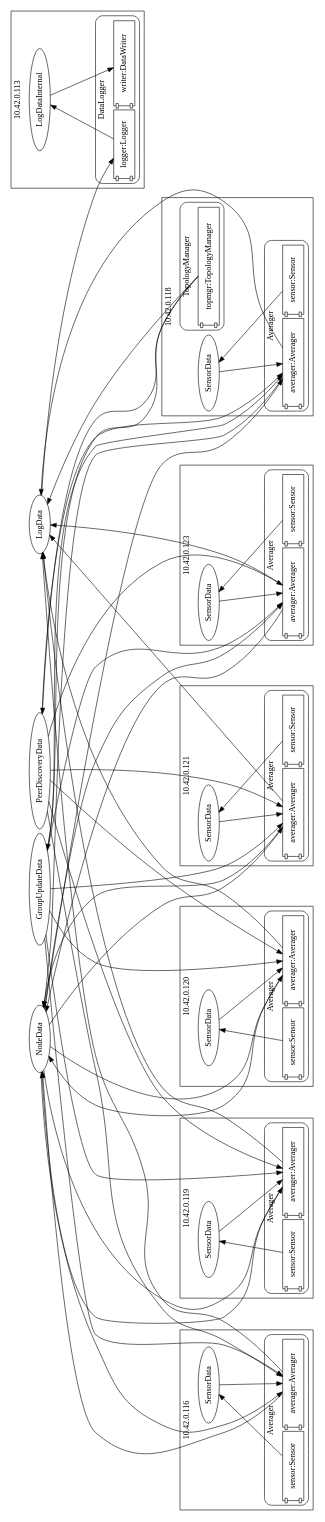
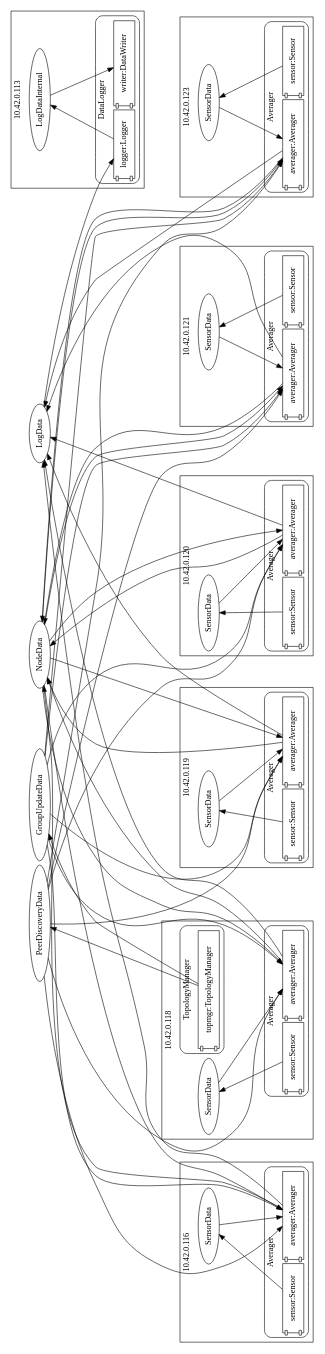
Before and after one commit to purboday/GroupTestApp: the diagram in GroupTestAppAlgo/GroupTestApp.dot, drawn with Graphviz. The commit also changed 50 other files, not shown here.

```diff
--- a/GroupTestAppAlgo/GroupTestApp.dot
+++ b/GroupTestAppAlgo/GroupTestApp.dot
@@ -1,194 +1,193 @@
 digraph GroupTestApp {
 rankdir=TB;
 nodesep="0.1";
 ranksep="1.5";
 orientation=l;
 subgraph msgs {
 rank=min;
 NodeData [shape=ellipse];
 GroupUpdateData [shape=ellipse];
 PeerDiscoveryData [shape=ellipse];
 LogData [shape=ellipse];
 }
 
 sensor_Sensor_40 -> SensorData_41;
 averager_Averager_42 -> NodeData;
 averager_Averager_42 -> LogData;
 SensorData_41 -> averager_Averager_42;
 NodeData -> averager_Averager_42;
 PeerDiscoveryData -> averager_Averager_42;
 GroupUpdateData -> averager_Averager_42;
 subgraph "cluster_10.42.0.116" {
 label="10.42.0.116";
 rankdir=BT;
 rank=max;
 subgraph Averager_msgs_39 {
 rank=min;
 SensorData_41 [label=SensorData, shape=ellipse];
 }
 
 subgraph cluster_Averager_38 {
 label=Averager;
 style=rounded;
 sensor_Sensor_40 [label="sensor:Sensor", rank=max, shape=component];
 averager_Averager_42 [label="averager:Averager", rank=max, shape=component];
 }
 
 }
 
 sensor_Sensor_45 -> SensorData_46;
 averager_Averager_47 -> NodeData;
 averager_Averager_47 -> LogData;
 SensorData_46 -> averager_Averager_47;
 NodeData -> averager_Averager_47;
 PeerDiscoveryData -> averager_Averager_47;
 GroupUpdateData -> averager_Averager_47;
 topmgr_TopologyManager_49 -> GroupUpdateData;
 topmgr_TopologyManager_49 -> PeerDiscoveryData;
-topmgr_TopologyManager_49 -> LogData;
 subgraph "cluster_10.42.0.118" {
 label="10.42.0.118";
 rankdir=BT;
 rank=max;
 subgraph Averager_msgs_44 {
 rank=min;
 SensorData_46 [label=SensorData, shape=ellipse];
 }
 
 subgraph cluster_Averager_43 {
 label=Averager;
 style=rounded;
 sensor_Sensor_45 [label="sensor:Sensor", rank=max, shape=component];
 averager_Averager_47 [label="averager:Averager", rank=max, shape=component];
 }
 
 subgraph cluster_TopologyManager_48 {
 label=TopologyManager;
 style=rounded;
 topmgr_TopologyManager_49 [label="topmgr:TopologyManager", rank=max, shape=component];
 }
 
 }
 
 sensor_Sensor_52 -> SensorData_53;
 averager_Averager_54 -> NodeData;
 averager_Averager_54 -> LogData;
 SensorData_53 -> averager_Averager_54;
 NodeData -> averager_Averager_54;
 PeerDiscoveryData -> averager_Averager_54;
 GroupUpdateData -> averager_Averager_54;
 subgraph "cluster_10.42.0.119" {
 label="10.42.0.119";
 rankdir=BT;
 rank=max;
 subgraph Averager_msgs_51 {
 rank=min;
 SensorData_53 [label=SensorData, shape=ellipse];
 }
 
 subgraph cluster_Averager_50 {
 label=Averager;
 style=rounded;
 sensor_Sensor_52 [label="sensor:Sensor", rank=max, shape=component];
 averager_Averager_54 [label="averager:Averager", rank=max, shape=component];
 }
 
 }
 
 sensor_Sensor_57 -> SensorData_58;
 averager_Averager_59 -> NodeData;
 averager_Averager_59 -> LogData;
 SensorData_58 -> averager_Averager_59;
 NodeData -> averager_Averager_59;
 PeerDiscoveryData -> averager_Averager_59;
 GroupUpdateData -> averager_Averager_59;
 subgraph "cluster_10.42.0.120" {
 label="10.42.0.120";
 rankdir=BT;
 rank=max;
 subgraph Averager_msgs_56 {
 rank=min;
 SensorData_58 [label=SensorData, shape=ellipse];
 }
 
 subgraph cluster_Averager_55 {
 label=Averager;
 style=rounded;
 sensor_Sensor_57 [label="sensor:Sensor", rank=max, shape=component];
 averager_Averager_59 [label="averager:Averager", rank=max, shape=component];
 }
 
 }
 
 sensor_Sensor_62 -> SensorData_63;
 averager_Averager_64 -> NodeData;
 averager_Averager_64 -> LogData;
 SensorData_63 -> averager_Averager_64;
 NodeData -> averager_Averager_64;
 PeerDiscoveryData -> averager_Averager_64;
 GroupUpdateData -> averager_Averager_64;
 subgraph "cluster_10.42.0.121" {
 label="10.42.0.121";
 rankdir=BT;
 rank=max;
 subgraph Averager_msgs_61 {
 rank=min;
 SensorData_63 [label=SensorData, shape=ellipse];
 }
 
 subgraph cluster_Averager_60 {
 label=Averager;
 style=rounded;
 sensor_Sensor_62 [label="sensor:Sensor", rank=max, shape=component];
 averager_Averager_64 [label="averager:Averager", rank=max, shape=component];
 }
 
 }
 
 sensor_Sensor_67 -> SensorData_68;
 averager_Averager_69 -> NodeData;
 averager_Averager_69 -> LogData;
 SensorData_68 -> averager_Averager_69;
 NodeData -> averager_Averager_69;
 PeerDiscoveryData -> averager_Averager_69;
 GroupUpdateData -> averager_Averager_69;
 subgraph "cluster_10.42.0.123" {
 label="10.42.0.123";
 rankdir=BT;
 rank=max;
 subgraph Averager_msgs_66 {
 rank=min;
 SensorData_68 [label=SensorData, shape=ellipse];
 }
 
 subgraph cluster_Averager_65 {
 label=Averager;
 style=rounded;
 sensor_Sensor_67 [label="sensor:Sensor", rank=max, shape=component];
 averager_Averager_69 [label="averager:Averager", rank=max, shape=component];
 }
 
 }
 
 logger_Logger_72 -> LogDataInternal_73;
 LogData -> logger_Logger_72;
 LogDataInternal_73 -> writer_DataWriter_74;
 subgraph "cluster_10.42.0.113" {
 label="10.42.0.113";
 rankdir=BT;
 rank=max;
 subgraph DataLogger_msgs_71 {
 rank=min;
 LogDataInternal_73 [label=LogDataInternal, shape=ellipse];
 }
 
 subgraph cluster_DataLogger_70 {
 label=DataLogger;
 style=rounded;
 logger_Logger_72 [label="logger:Logger", rank=max, shape=component];
 writer_DataWriter_74 [label="writer:DataWriter", rank=max, shape=component];
 }
 
 }
 
 }
```
